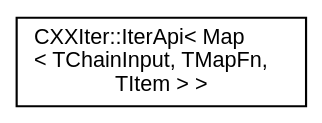
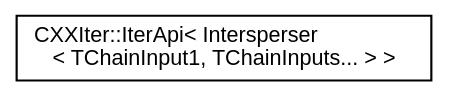
One commit to seijikun/CXXIter changed the diagram in inherit_graph_8.dot. Above: the diagram before and after it, drawn with Graphviz. The commit also changed 50 other files, not shown here.

```diff
--- a/inherit_graph_8.dot
+++ b/inherit_graph_8.dot
@@ -1,10 +1,10 @@
 digraph "Graphical Class Hierarchy"
 {
  // INTERACTIVE_SVG=YES
  // LATEX_PDF_SIZE
   bgcolor="transparent";
   edge [fontname="Helvetica",fontsize="10",labelfontname="Helvetica",labelfontsize="10"];
   node [fontname="Helvetica",fontsize="10",shape=record];
   rankdir="LR";
-  Node0 [label="CXXIter::IterApi\< Map\l\< TChainInput, TMapFn,\l TItem \> \>",height=0.2,width=0.4,color="black",URL="$classCXXIter_1_1IterApi.html",tooltip=" "];
+  Node0 [label="CXXIter::IterApi\< Intersperser\l\< TChainInput1, TChainInputs... \> \>",height=0.2,width=0.4,color="black",URL="$classCXXIter_1_1IterApi.html",tooltip=" "];
 }
```
